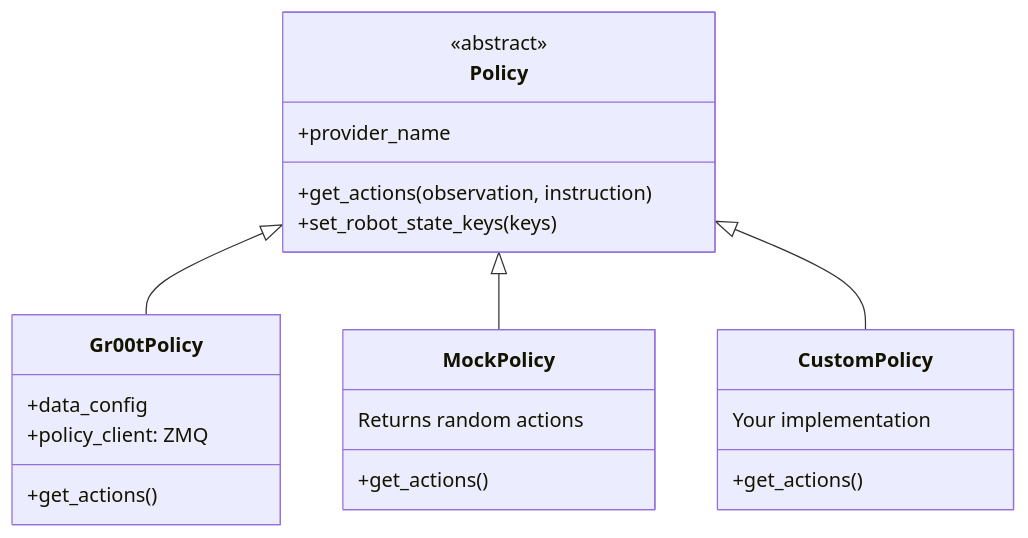
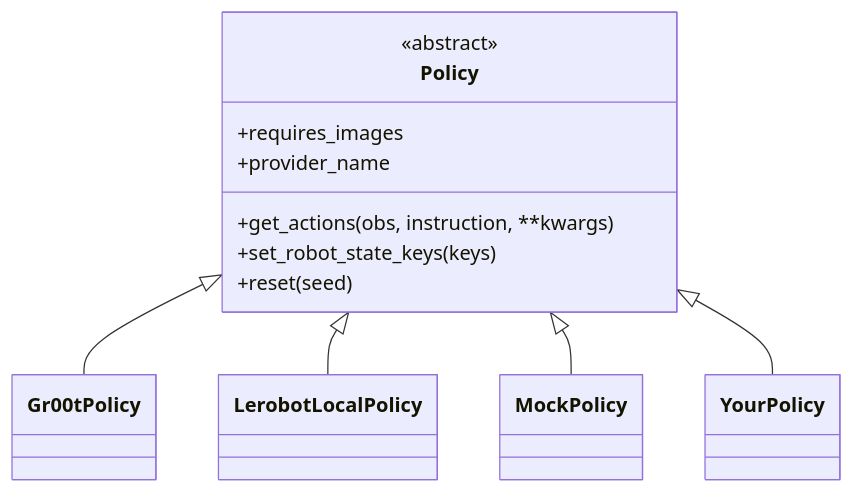
Before and after one commit to cagataycali/robots: the second of 2 diagrams in README.md, drawn with Mermaid. The commit also changed other lines of this file, not shown here.

````diff
--- a/README.md
+++ b/README.md
@@ -377,29 +327,19 @@
 ```mermaid
 classDiagram
     class Policy {
         <<abstract>>
-        +get_actions(observation, instruction)
+        +get_actions(obs, instruction, **kwargs)
         +set_robot_state_keys(keys)
+        +requires_images
+        +reset(seed)
         +provider_name
     }
-
-    class Gr00tPolicy {
-        +data_config
-        +policy_client: ZMQ
-        +get_actions()
-    }
-
-    class MockPolicy {
-        +get_actions()
-        Returns random actions
-    }
-
-    class CustomPolicy {
-        +get_actions()
-        Your implementation
-    }
-
+    class Gr00tPolicy
+    class LerobotLocalPolicy
+    class MockPolicy
+    class YourPolicy
     Policy <|-- Gr00tPolicy
+    Policy <|-- LerobotLocalPolicy
     Policy <|-- MockPolicy
-    Policy <|-- CustomPolicy
+    Policy <|-- YourPolicy
 ```
````
